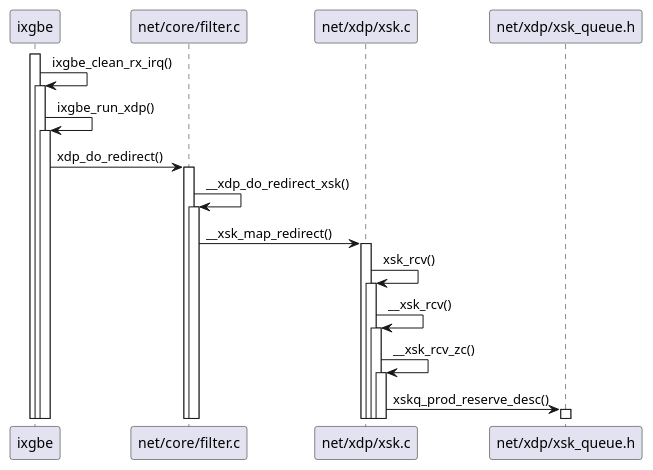
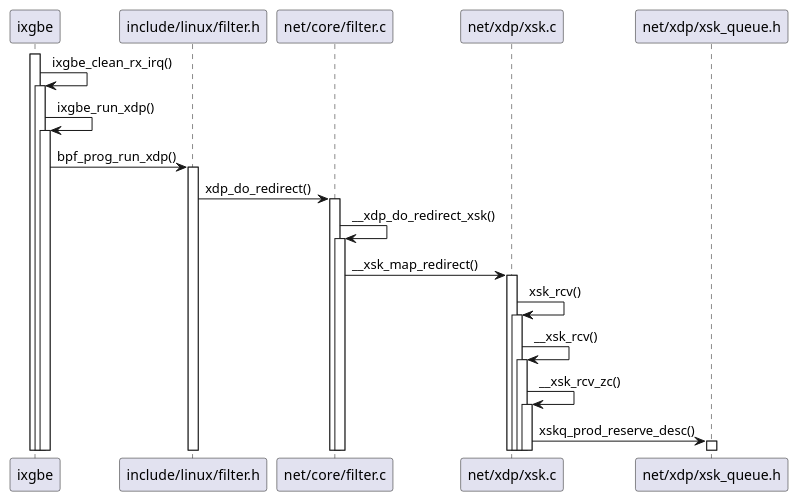
The diagram in xdp-hints/plantuml/rx-path.puml (maryamtahhan/notes), drawn with PlantUML before and after one commit.

Commit message:
update xdp-hints plantuml

```diff
--- a/xdp-hints/plantuml/rx-path.puml
+++ b/xdp-hints/plantuml/rx-path.puml
@@ -1,21 +1,23 @@
 @startuml
 activate ixgbe
 ixgbe -> ixgbe : ixgbe_clean_rx_irq()
 activate ixgbe
 ixgbe -> ixgbe : ixgbe_run_xdp()
 activate ixgbe
-ixgbe -> "net/core/filter.c" : xdp_do_redirect()
+ixgbe -> "include/linux/filter.h": bpf_prog_run_xdp()
+activate "include/linux/filter.h"
+"include/linux/filter.h" -> "net/core/filter.c" : xdp_do_redirect()
 activate "net/core/filter.c"
 "net/core/filter.c" -> "net/core/filter.c" : __xdp_do_redirect_xsk()
 activate "net/core/filter.c"
 "net/core/filter.c" -> "net/xdp/xsk.c" : __xsk_map_redirect()
 activate "net/xdp/xsk.c"
 "net/xdp/xsk.c" -> "net/xdp/xsk.c": xsk_rcv()
 activate "net/xdp/xsk.c"
 "net/xdp/xsk.c" -> "net/xdp/xsk.c": __xsk_rcv()
 activate "net/xdp/xsk.c"
 "net/xdp/xsk.c" -> "net/xdp/xsk.c": __xsk_rcv_zc()
 activate "net/xdp/xsk.c"
 "net/xdp/xsk.c" -> "net/xdp/xsk_queue.h": xskq_prod_reserve_desc()
 activate "net/xdp/xsk_queue.h"
 @enduml
```
